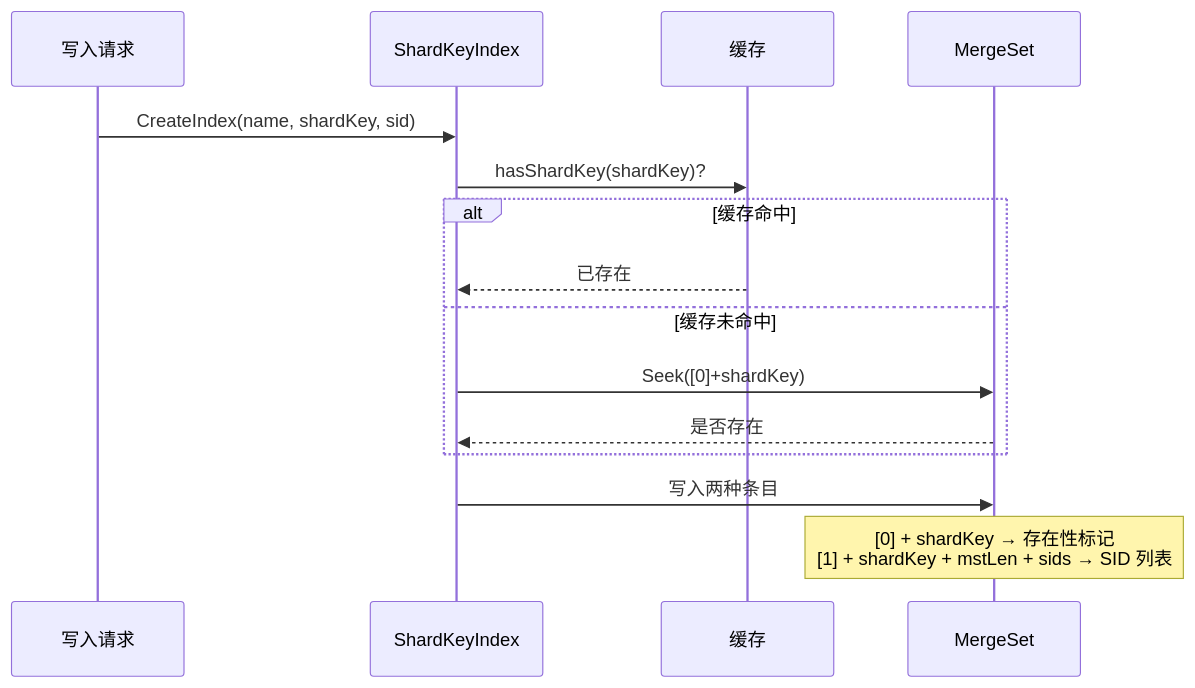
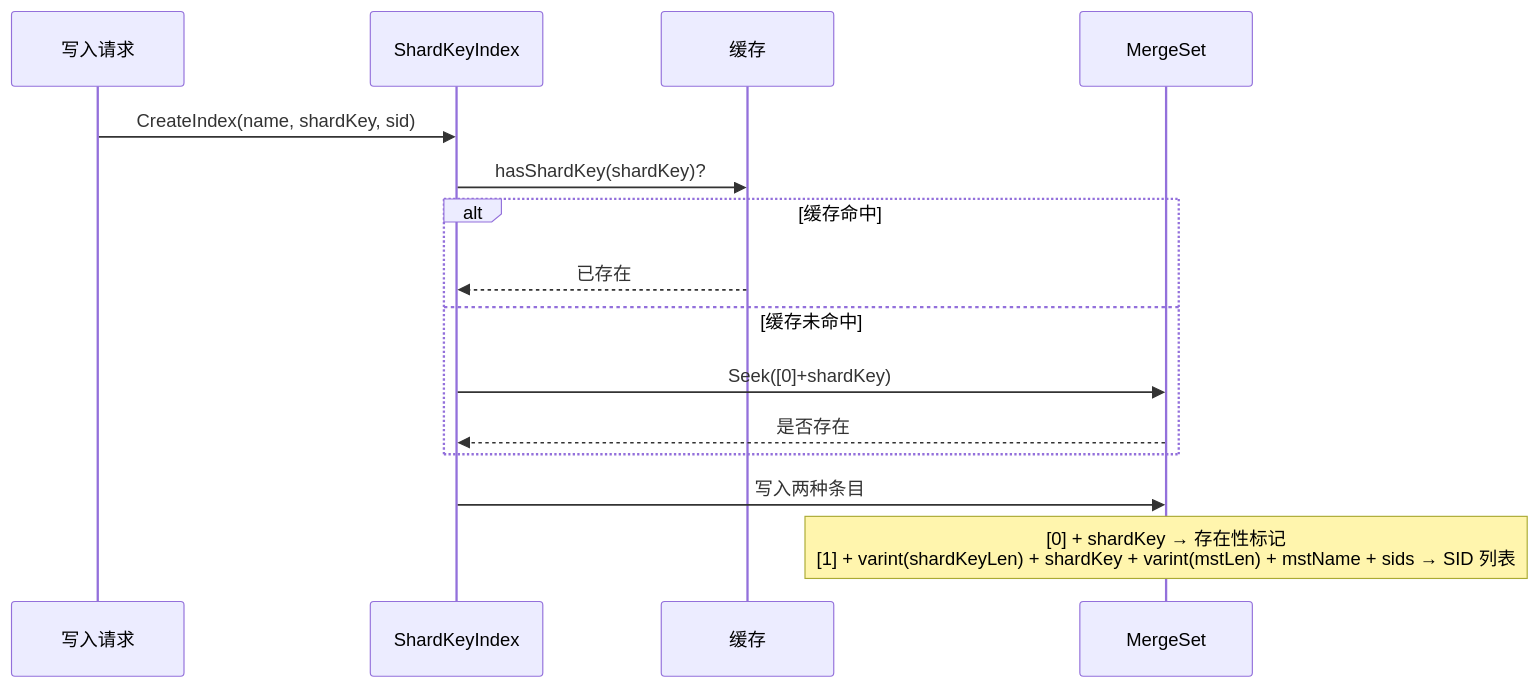
One commit to stefanv5/openGemini changed the second of 7 diagrams in docs/specs/17_shardkey_sparse_index_spec.md. Above: the diagram before and after it, drawn with Mermaid. The commit also changed other lines of this file and 37 other files, not shown here.

````diff
--- a/docs/specs/17_shardkey_sparse_index_spec.md
+++ b/docs/specs/17_shardkey_sparse_index_spec.md
@@ -55,20 +57,20 @@
 ```mermaid
 sequenceDiagram
     participant Write as 写入请求
     participant SKI as ShardKeyIndex
     participant Cache as 缓存
     participant Disk as MergeSet
 
     Write->>SKI: CreateIndex(name, shardKey, sid)
 
     SKI->>Cache: hasShardKey(shardKey)?
     alt 缓存命中
         Cache-->>SKI: 已存在
     else 缓存未命中
         SKI->>Disk: Seek([0]+shardKey)
         Disk-->>SKI: 是否存在
     end
 
     SKI->>Disk: 写入两种条目
-    Note over Disk: [0] + shardKey → 存在性标记<br/>[1] + shardKey + mstLen + sids → SID 列表
+    Note over Disk: [0] + shardKey → 存在性标记<br/>[1] + varint(shardKeyLen) + shardKey + varint(mstLen) + mstName + sids → SID 列表
 ```
````
